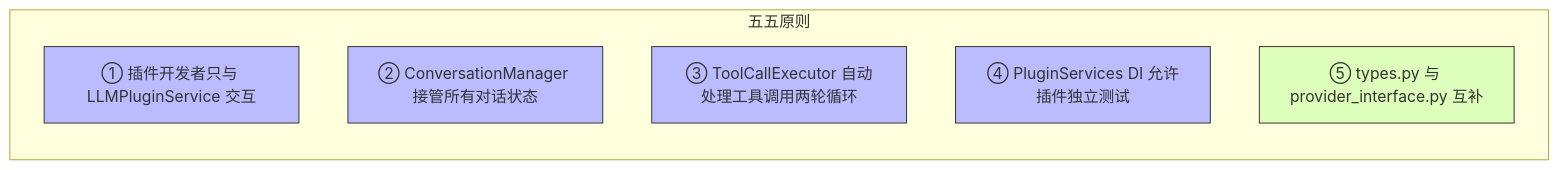
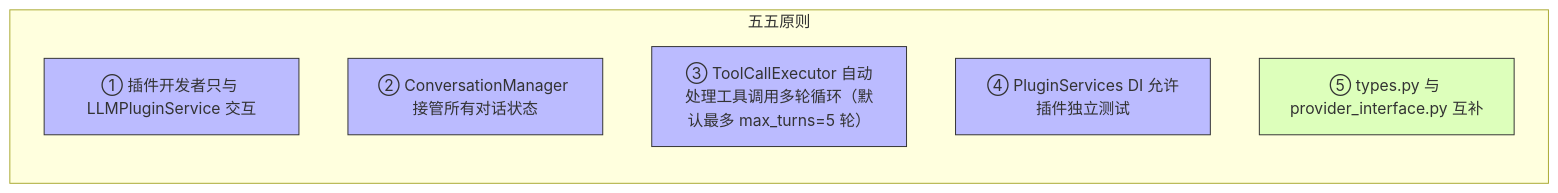
The third of 7 diagrams in docs/core/llm-provider/overview.md (KKPIP-Tech/InstructionX), drawn with Mermaid before and after one commit. The commit also changed other lines of this file and 24 other files, not shown here.

````diff
--- a/docs/core/llm-provider/overview.md
+++ b/docs/core/llm-provider/overview.md
@@ -153,16 +159,16 @@
 ```mermaid
 graph LR
     subgraph 五五原则
         A[① 插件开发者只与 LLMPluginService 交互]
         B[② ConversationManager 接管所有对话状态]
-        C[③ ToolCallExecutor 自动处理工具调用两轮循环]
+        C[③ ToolCallExecutor 自动处理工具调用多轮循环（默认最多 max_turns=5 轮）]
         D[④ PluginServices DI 允许插件独立测试]
         E[⑤ types.py 与 provider_interface.py 互补]
     end
 
     style A fill:#bbf,stroke:#333
     style B fill:#bbf,stroke:#333
     style C fill:#bbf,stroke:#333
     style D fill:#bbf,stroke:#333
     style E fill:#dfb,stroke:#333
 ```
````
